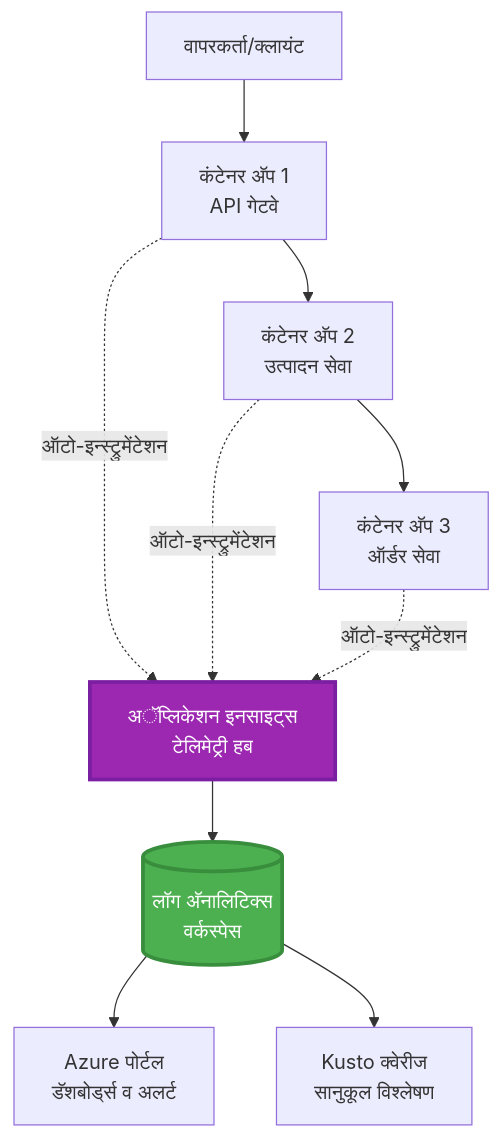
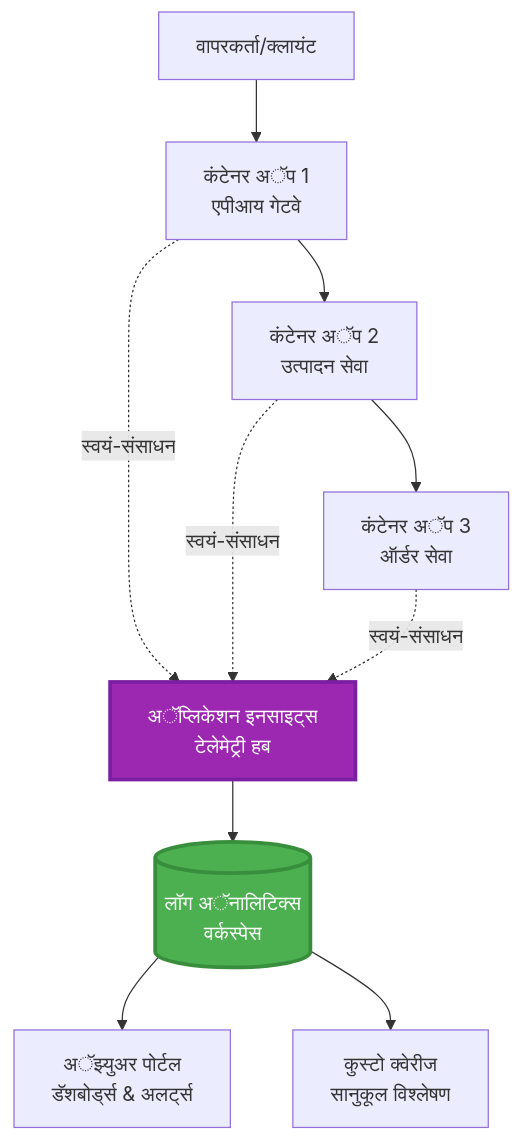
The first of 2 diagrams in translations/mr/docs/chapter-06-pre-deployment/application-insights.md (microsoft/AZD-for-beginners), drawn with Mermaid before and after one commit. The commit also changed other lines of this file and 101 other files, not shown here.

````diff
--- a/translations/mr/docs/chapter-06-pre-deployment/application-insights.md
+++ b/translations/mr/docs/chapter-06-pre-deployment/application-insights.md
@@ -58,28 +58,28 @@
 ```mermaid
 graph TB
     User[वापरकर्ता/क्लायंट]
-    App1[कंटेनर अ‍ॅप 1<br/>API गेटवे]
-    App2[कंटेनर अ‍ॅप 2<br/>उत्पादन सेवा]
-    App3[कंटेनर अ‍ॅप 3<br/>ऑर्डर सेवा]
+    App1[कंटेनर अॅप 1<br/>एपीआय गेटवे]
+    App2[कंटेनर अॅप 2<br/>उत्पादन सेवा]
+    App3[कंटेनर अॅप 3<br/>ऑर्डर सेवा]
     
-    AppInsights[अॅप्लिकेशन इनसाइट्स<br/>टेलिमेट्री हब]
-    LogAnalytics[(लॉग अ‍ॅनालिटिक्स<br/>वर्कस्पेस)]
+    AppInsights[अॅप्लिकेशन इनसाइट्स<br/>टेलेमेट्री हब]
+    LogAnalytics[(लॉग अॅनालिटिक्स<br/>वर्कस्पेस)]
     
-    Portal[Azure पोर्टल<br/>डॅशबोर्ड्स व अलर्ट]
-    Query[Kusto क्वेरीज<br/>सानुकूल विश्लेषण]
+    Portal[अॅझ्युअर पोर्टल<br/>डॅशबोर्ड्स & अलर्ट्स]
+    Query[कुस्टो क्वेरीज<br/>सानुकूल विश्लेषण]
     
     User --> App1
     App1 --> App2
     App2 --> App3
     
-    App1 -.->|ऑटो-इन्स्ट्रुमेंटेशन| AppInsights
-    App2 -.->|ऑटो-इन्स्ट्रुमेंटेशन| AppInsights
-    App3 -.->|ऑटो-इन्स्ट्रुमेंटेशन| AppInsights
+    App1 -.->|स्वयं-संसाधन| AppInsights
+    App2 -.->|स्वयं-संसाधन| AppInsights
+    App3 -.->|स्वयं-संसाधन| AppInsights
     
     AppInsights --> LogAnalytics
     LogAnalytics --> Portal
     LogAnalytics --> Query
     
     style AppInsights fill:#9C27B0,stroke:#7B1FA2,stroke-width:3px,color:#fff
     style LogAnalytics fill:#4CAF50,stroke:#388E3C,stroke-width:3px,color:#fff
 ```
````
